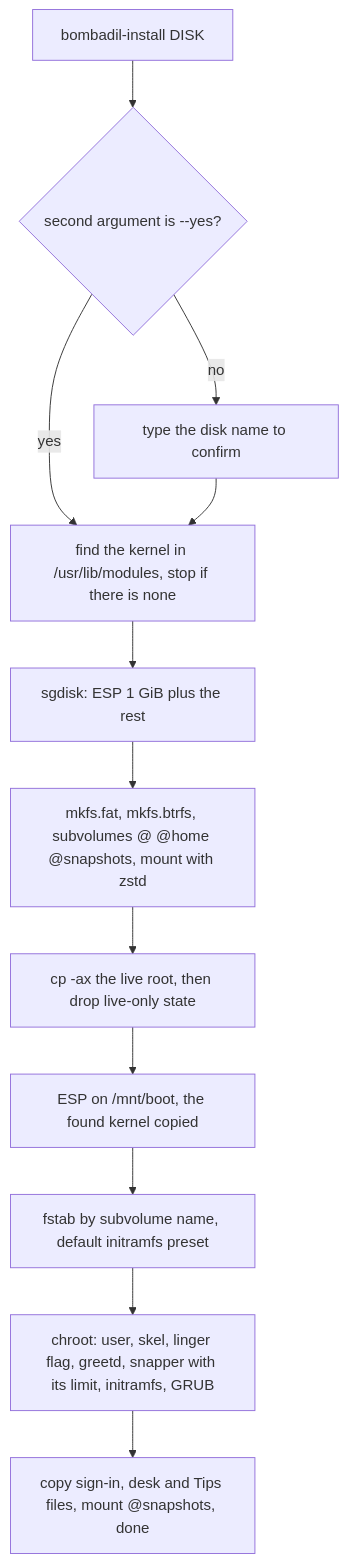
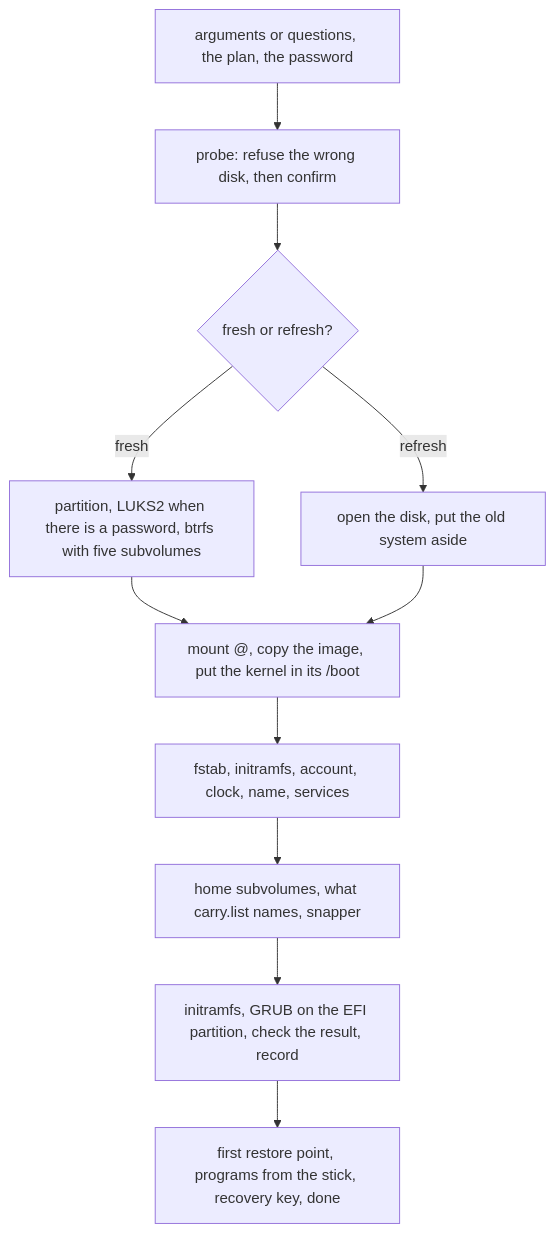
The third of 4 diagrams in docs/architecture/iso-and-install.md (thedefaultman/Bombadil), drawn with Mermaid before and after one commit. The commit also changed other lines of this file and 22 other files, not shown here.

First line of the commit message:
docs: architecture, UX and brand pages brought up to date for the installed OS, the Tips app and card, and idle cost

````diff
--- a/docs/architecture/iso-and-install.md
+++ b/docs/architecture/iso-and-install.md
@@ -281,14 +295,13 @@
 ```mermaid
 flowchart TB
-    A["bombadil-install DISK"] --> B{"second argument is --yes?"}
-    B -->|"no"| C["type the disk name to confirm"]
-    B -->|"yes"| K["find the kernel in /usr/lib/modules, stop if there is none"]
-    C --> K
-    K --> D["sgdisk: ESP 1 GiB plus the rest"]
-    D --> E["mkfs.fat, mkfs.btrfs, subvolumes @ @home @snapshots, mount with zstd"]
-    E --> F["cp -ax the live root, then drop live-only state"]
-    F --> G["ESP on /mnt/boot, the found kernel copied"]
-    G --> H["fstab by subvolume name, default initramfs preset"]
-    H --> I["chroot: user, skel, linger flag, greetd, snapper with its limit, initramfs, GRUB"]
-    I --> J["copy sign-in, desk and Tips files, mount @snapshots, done"]
+    A["arguments or questions, the plan, the password"] --> B["probe: refuse the wrong disk, then confirm"]
+    B --> C{"fresh or refresh?"}
+    C -->|"fresh"| D["partition, LUKS2 when there is a password, btrfs with five subvolumes"]
+    C -->|"refresh"| E["open the disk, put the old system aside"]
+    D --> F["mount @, copy the image, put the kernel in its /boot"]
+    E --> F
+    F --> G["fstab, initramfs, account, clock, name, services"]
+    G --> H["home subvolumes, what carry.list names, snapper"]
+    H --> I["initramfs, GRUB on the EFI partition, check the result, record"]
+    I --> J["first restore point, programs from the stick, recovery key, done"]
 ```
````
